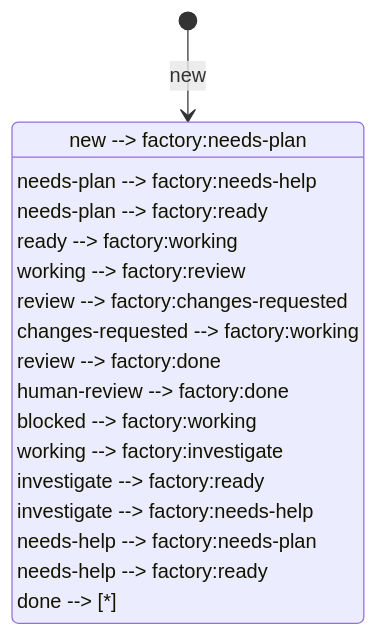
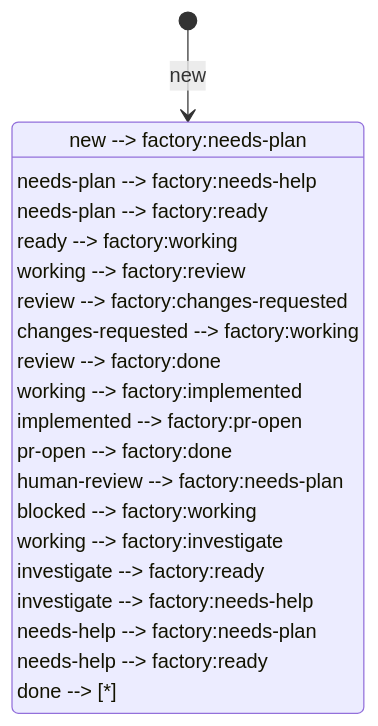
One commit to bin0110001/cezar-factory changed the diagram in docs/lifecycle.md. Above: the diagram before and after it, drawn with Mermaid. The commit also changed other lines of this file and 528 other files, not shown here.

````diff
--- a/docs/lifecycle.md
+++ b/docs/lifecycle.md
@@ -23,20 +26,23 @@
 ```mermaid
 stateDiagram-v2
     [*] --> factory:new
     factory:new --> factory:needs-plan
     factory:needs-plan --> factory:needs-help
     factory:needs-plan --> factory:ready
     factory:ready --> factory:working
     factory:working --> factory:review
     factory:review --> factory:changes-requested
     factory:changes-requested --> factory:working
     factory:review --> factory:done
-    factory:human-review --> factory:done
+    factory:working --> factory:implemented
+    factory:implemented --> factory:pr-open
+    factory:pr-open --> factory:done
+    factory:human-review --> factory:needs-plan
     factory:blocked --> factory:working
     factory:working --> factory:investigate
     factory:investigate --> factory:ready
     factory:investigate --> factory:needs-help
     factory:needs-help --> factory:needs-plan
     factory:needs-help --> factory:ready
     factory:done --> [*]
 ```
````
